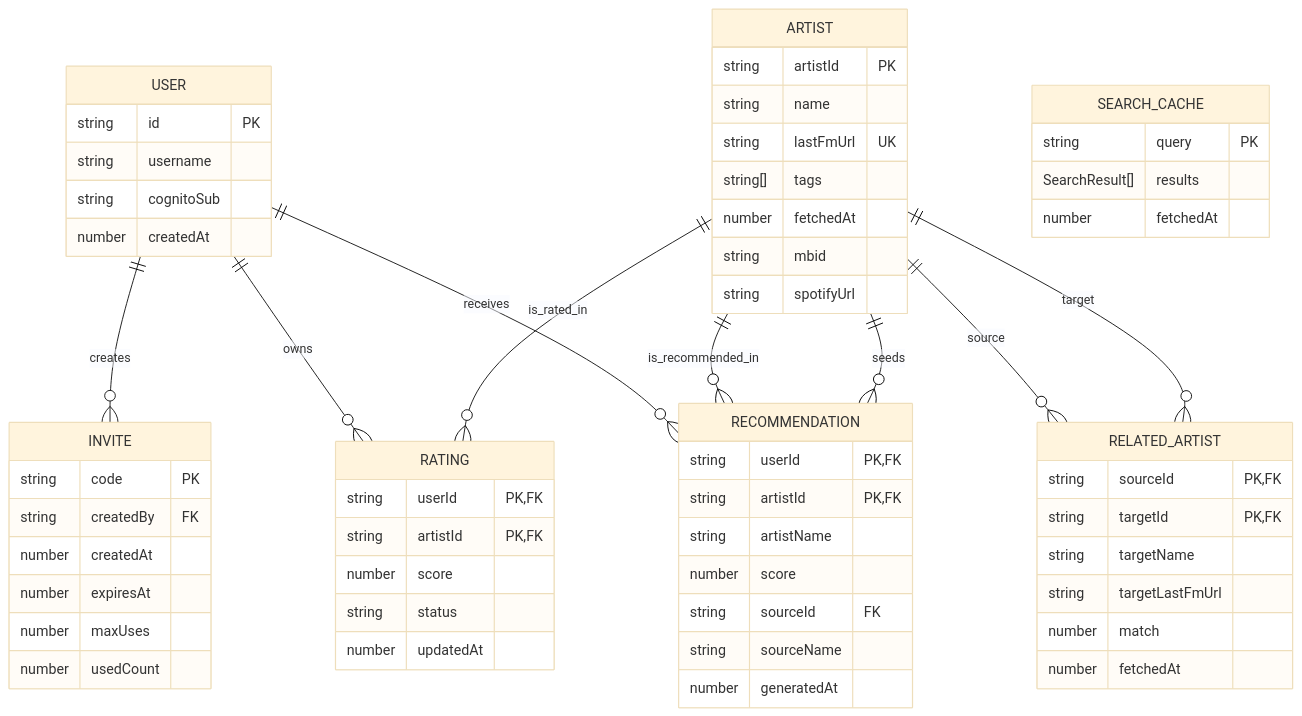
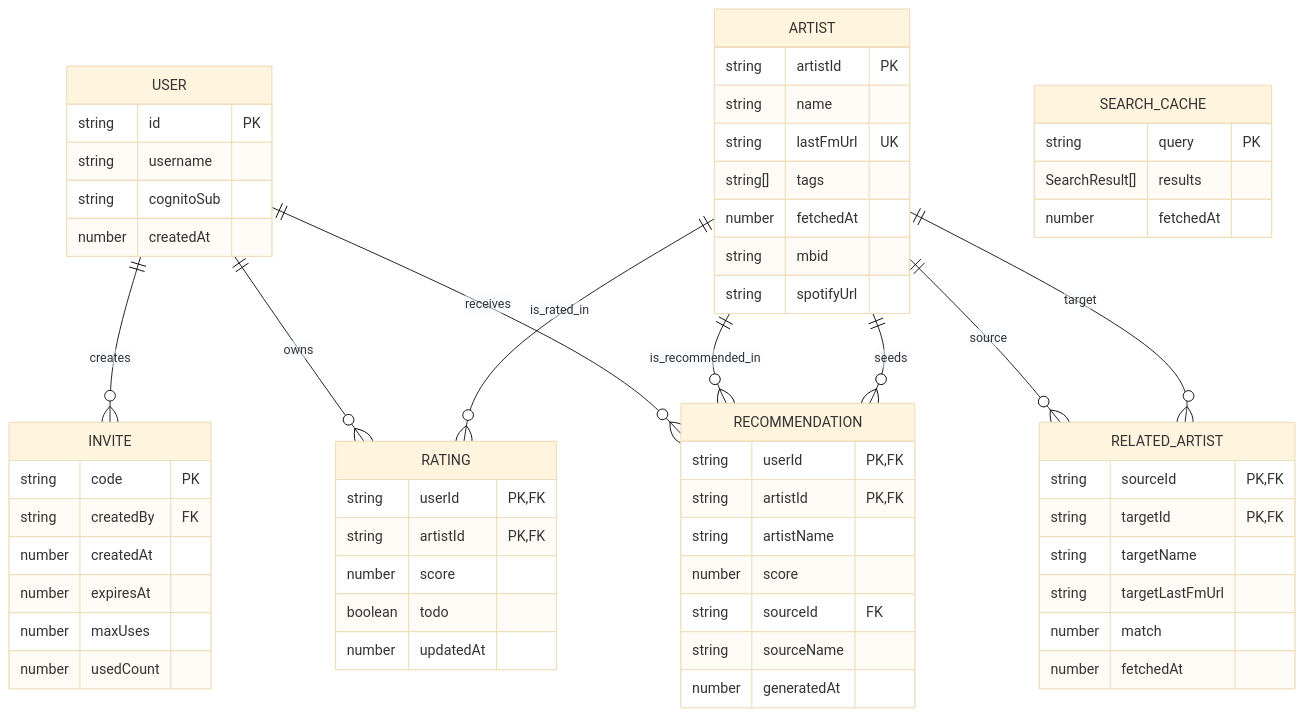
Before and after one commit to Vilsepi/bandmap: the diagram in doc/backend-api-and-data-model.md, drawn with Mermaid (base theme). The commit also changed other lines of this file and 16 other files, not shown here.

````diff
--- a/doc/backend-api-and-data-model.md
+++ b/doc/backend-api-and-data-model.md
@@ -28,65 +28,65 @@
 ```mermaid
 erDiagram
 	USER ||--o{ INVITE : creates
 	USER ||--o{ RATING : owns
 	ARTIST ||--o{ RATING : is_rated_in
 	USER ||--o{ RECOMMENDATION : receives
 	ARTIST ||--o{ RECOMMENDATION : is_recommended_in
 	ARTIST ||--o{ RECOMMENDATION : seeds
 	ARTIST ||--o{ RELATED_ARTIST : source
 	ARTIST ||--o{ RELATED_ARTIST : target
 	SEARCH_CACHE
 
 	USER {
 		string id PK
 		string username
 		string cognitoSub
 		number createdAt
 	}
 	INVITE {
 		string code PK
 		string createdBy FK
 		number createdAt
 		number expiresAt
 		number maxUses
 		number usedCount
 	}
 	ARTIST {
 		string artistId PK
 		string name
 		string lastFmUrl UK
 		string[] tags
 		number fetchedAt
 		string mbid
 		string spotifyUrl
 	}
 	RELATED_ARTIST {
 		string sourceId PK, FK
 		string targetId PK, FK
 		string targetName
 		string targetLastFmUrl
 		number match
 		number fetchedAt
 	}
 	RATING {
 		string userId PK, FK
 		string artistId PK, FK
 		number score
-		string status
+		boolean todo
 		number updatedAt
 	}
 	RECOMMENDATION {
 		string userId PK, FK
 		string artistId PK, FK
 		string artistName
 		number score
 		string sourceId FK
 		string sourceName
 		number generatedAt
 	}
 	SEARCH_CACHE {
 		string query PK
 		SearchResult[] results
 		number fetchedAt
 	}
 ```
````
